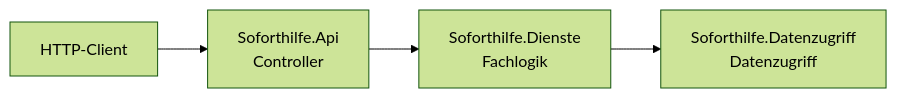
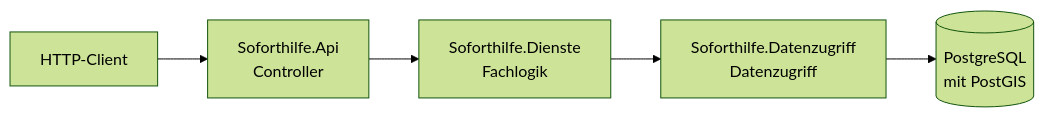
Before and after one commit to maliswiss/soforthilfe-bern-mittelland: the diagram in README.md, drawn with Mermaid (forest theme). The commit also changed other lines of this file and 17 other files, not shown here.

Commit message:
R1: PostgreSQL mit PostGIS und erste Migration eingerichtet (Refs #6)

````diff
--- a/README.md
+++ b/README.md
@@ -49,6 +49,7 @@
 ```mermaid
 flowchart LR
   Client["HTTP-Client"] --> Api["Soforthilfe.Api<br/>Controller"]
   Api --> Dienste["Soforthilfe.Dienste<br/>Fachlogik"]
   Dienste --> Daten["Soforthilfe.Datenzugriff<br/>Datenzugriff"]
+  Daten --> Db[("PostgreSQL<br/>mit PostGIS")]
 ```
````
